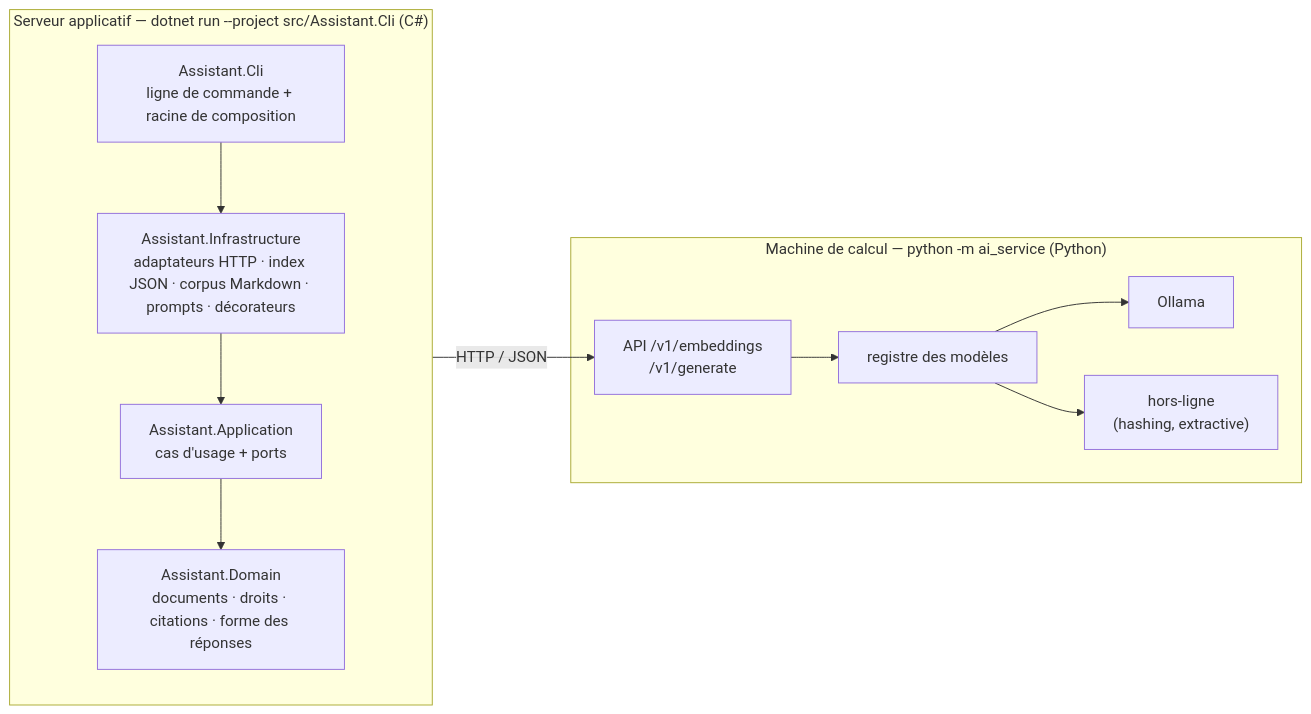
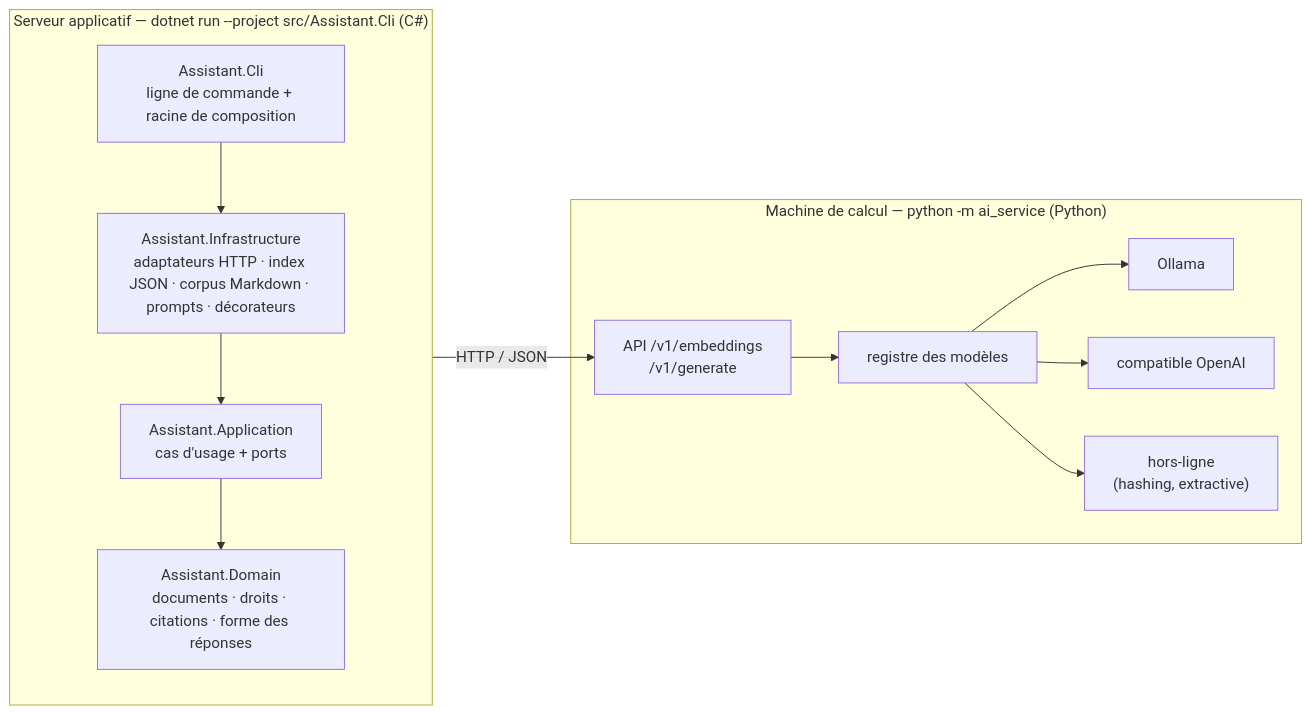
Before and after one commit to arthur-herve/fyc-assistant-rag-csharp: the diagram in README.md, drawn with Mermaid. The commit also changed other lines of this file and 21 other files, not shown here.

Commit message:
Corrections de la revue : clé de cache, citations robustes, configuration typée des instantanés, identifiant d'index identique à Python, erreurs en messages, tests d'architecture qui peuvent échouer, fixture d'index Python

````diff
--- a/README.md
+++ b/README.md
@@ -18,15 +18,16 @@
 ```mermaid
 flowchart LR
     subgraph APP["Serveur applicatif — dotnet run --project src/Assistant.Cli (C#)"]
         direction TB
         I["Assistant.Cli<br/>ligne de commande + racine de composition"] --> INF
         INF["Assistant.Infrastructure<br/>adaptateurs HTTP · index JSON · corpus Markdown · prompts · décorateurs"] --> A
         A["Assistant.Application<br/>cas d'usage + ports"] --> D["Assistant.Domain<br/>documents · droits · citations · forme des réponses"]
     end
     subgraph IA["Machine de calcul — python -m ai_service (Python)"]
         S["API /v1/embeddings<br/>/v1/generate"] --> R["registre des modèles"]
         R --> B1["Ollama"]
+        R --> B2["compatible OpenAI"]
         R --> B3["hors-ligne<br/>(hashing, extractive)"]
     end
     INF -- "HTTP / JSON" --> S
 ```
````
